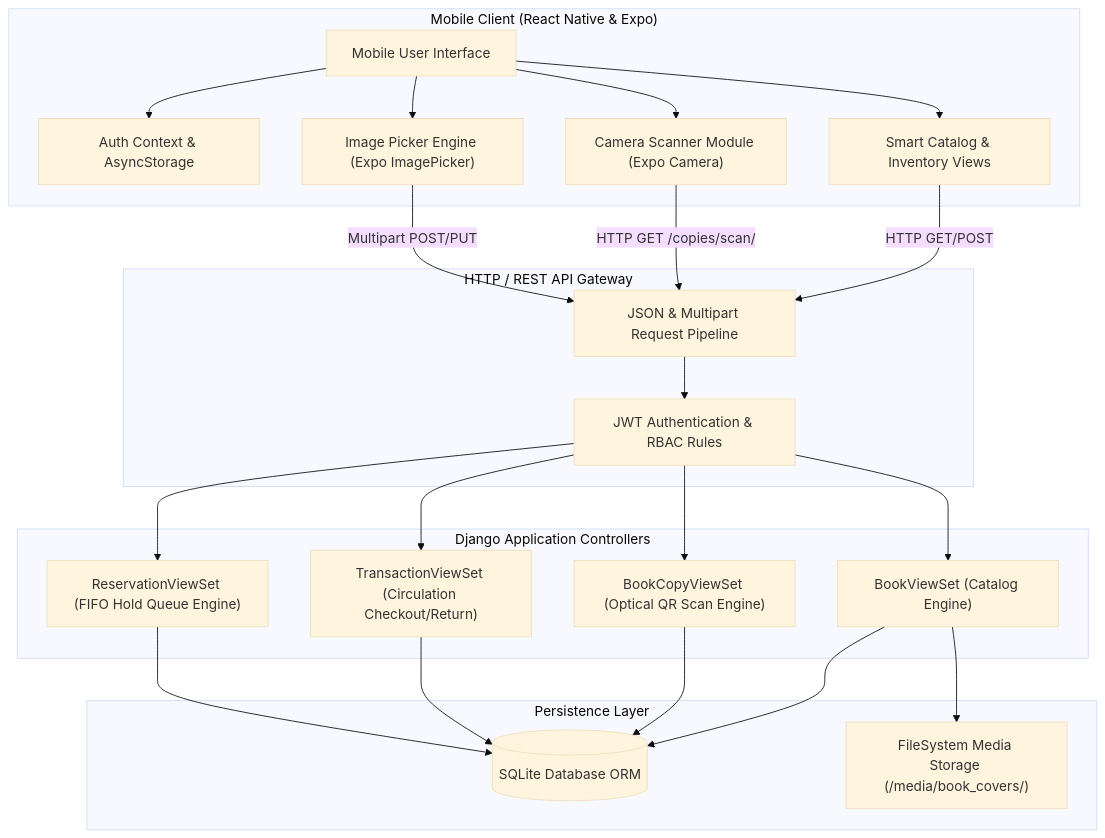
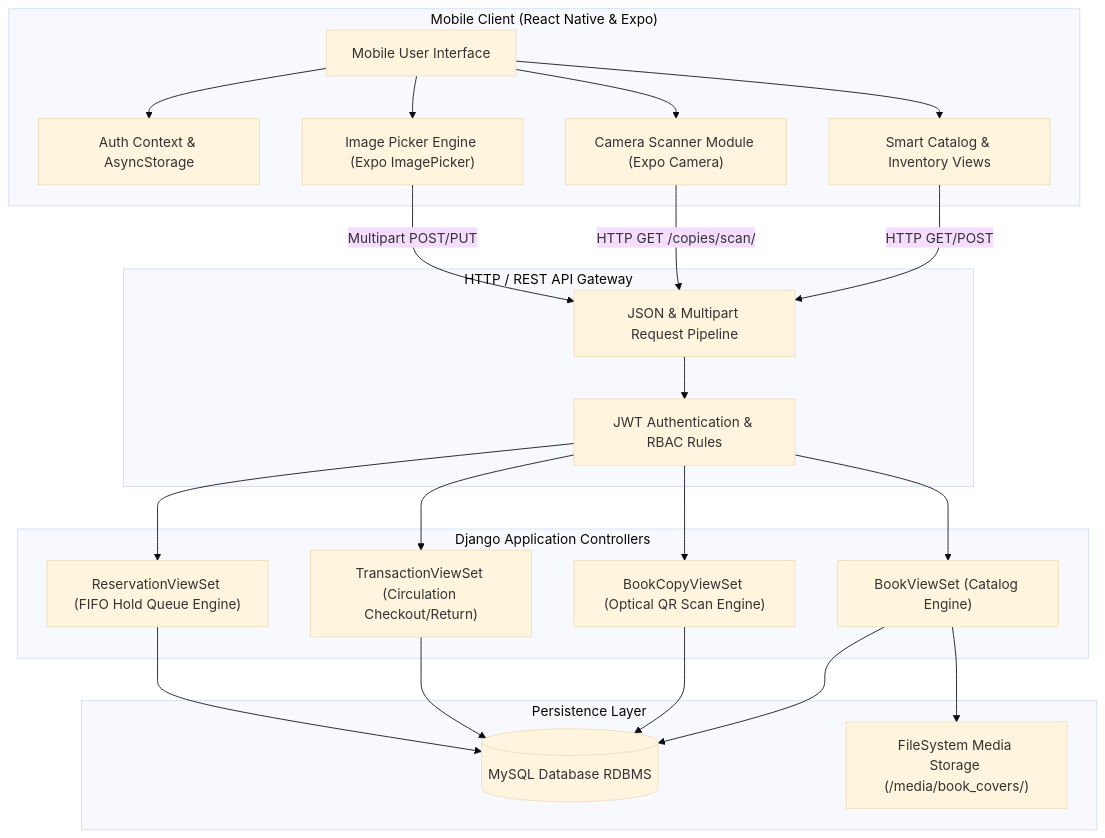
One commit to Versity1/library-backend changed the first of 4 diagrams in README.md. Above: the diagram before and after it, drawn with Mermaid (base theme). The commit also changed other lines of this file, not shown here.

````diff
--- a/README.md
+++ b/README.md
@@ -116,50 +118,50 @@
 ```mermaid
 flowchart TD
     subgraph MobileClient["Mobile Client (React Native & Expo)"]
         UI["Mobile User Interface"]
         Auth["Auth Context & AsyncStorage"]
         Cam["Camera Scanner Module (Expo Camera)"]
         ImgPick["Image Picker Engine (Expo ImagePicker)"]
         Catalog["Smart Catalog & Inventory Views"]
         
         UI --> Auth
         UI --> Cam
         UI --> ImgPick
         UI --> Catalog
     end
 
     subgraph APIGateway["HTTP / REST API Gateway"]
         ReqPipe["JSON & Multipart Request Pipeline"]
         Security["JWT Authentication & RBAC Rules"]
         
         ReqPipe --> Security
     end
 
     subgraph Controllers["Django Application Controllers"]
         BookAPI["BookViewSet (Catalog Engine)"]
         ScanAPI["BookCopyViewSet (Optical QR Scan Engine)"]
         TxAPI["TransactionViewSet (Circulation Checkout/Return)"]
         ResAPI["ReservationViewSet (FIFO Hold Queue Engine)"]
     end
 
     subgraph Storage["Persistence Layer"]
-        DB[("SQLite Database ORM")]
+        DB[("MySQL Database RDBMS")]
         Media["FileSystem Media Storage (/media/book_covers/)"]
     end
 
     Catalog -->|"HTTP GET/POST"| ReqPipe
     Cam -->|"HTTP GET /copies/scan/"| ReqPipe
     ImgPick -->|"Multipart POST/PUT"| ReqPipe
 
     Security --> BookAPI
     Security --> ScanAPI
     Security --> TxAPI
     Security --> ResAPI
 
     BookAPI --> DB
     ScanAPI --> DB
     TxAPI --> DB
     ResAPI --> DB
 
     BookAPI --> Media
 ```
````
